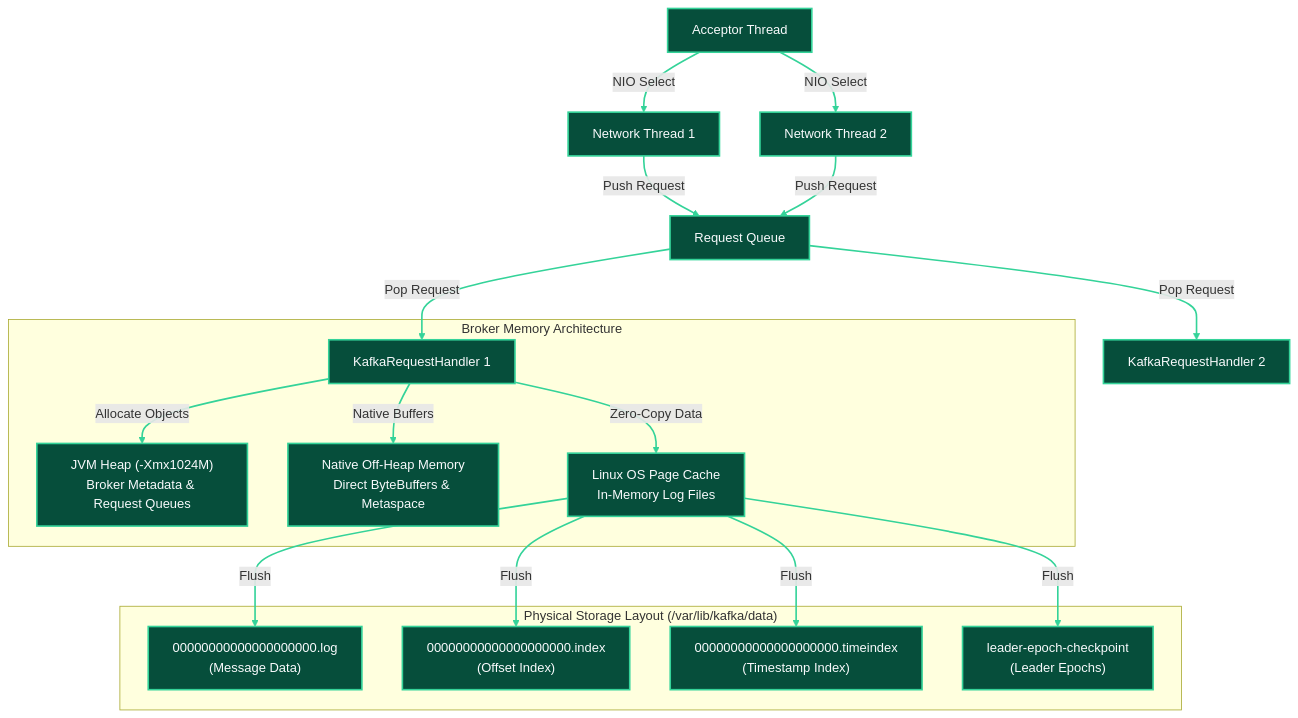
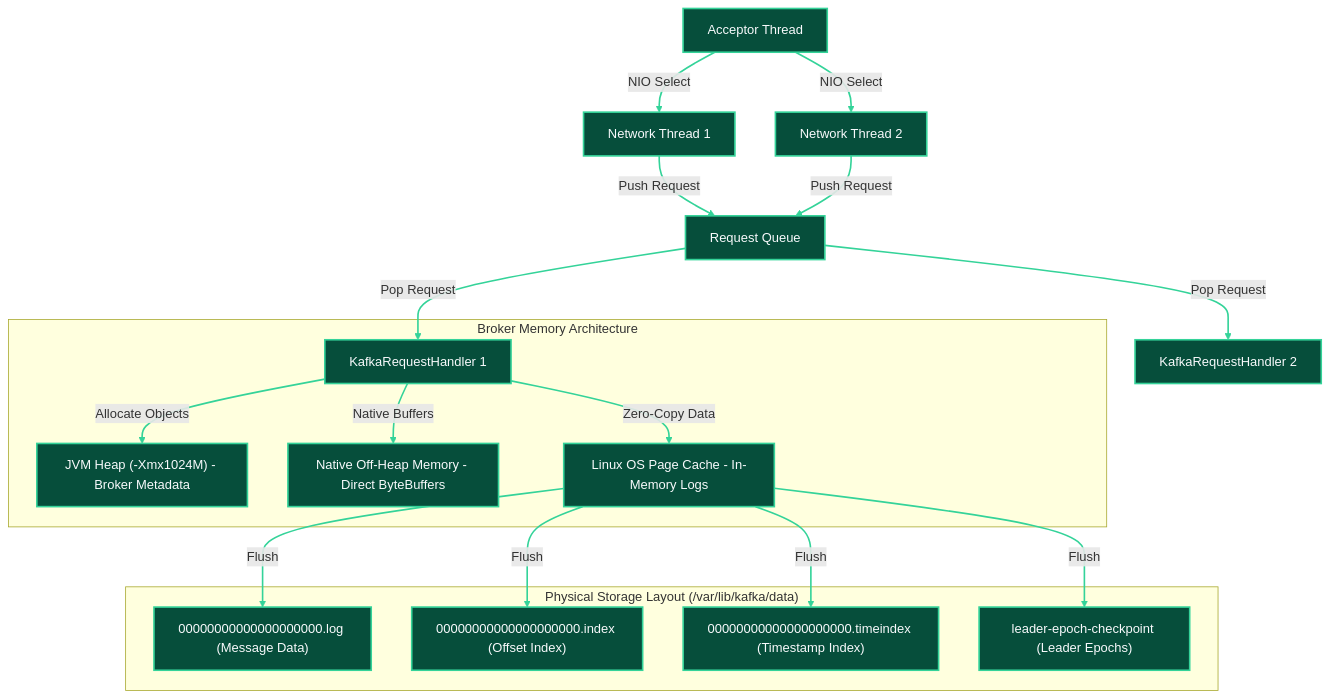
One commit to Chief-Strategist-J/llm-obs-infra changed the fourth of 18 diagrams in docs/configDoc/kafka-configuration-guide.md. Above: the diagram before and after it, drawn with Mermaid. The commit also changed other lines of this file, not shown here.

Commit message:
docs(kafka): fix Mermaid rendering syntax errors by converting undirected links to directed arrows and removing HTML break tags in labels

````diff
--- a/docs/configDoc/kafka-configuration-guide.md
+++ b/docs/configDoc/kafka-configuration-guide.md
@@ -560,40 +560,40 @@
 ```mermaid
 graph TB
     Acceptor["Acceptor Thread"] -->|NIO Select| NetThread1["Network Thread 1"]
     Acceptor -->|NIO Select| NetThread2["Network Thread 2"]
 
     NetThread1 -->|Push Request| RequestQueue["Request Queue"]
     NetThread2 -->|Push Request| RequestQueue
 
     RequestQueue -->|Pop Request| IOThread1["KafkaRequestHandler 1"]
     RequestQueue -->|Pop Request| IOThread2["KafkaRequestHandler 2"]
 
     subgraph MemoryArchitecture ["Broker Memory Architecture"]
-        IOThread1 -->|Allocate Objects| JVMHeap["JVM Heap (-Xmx1024M)<br/>Broker Metadata & Request Queues"]
-        IOThread1 -->|Native Buffers| NativeMem["Native Off-Heap Memory<br/>Direct ByteBuffers & Metaspace"]
-        IOThread1 -->|Zero-Copy Data| PageCache["Linux OS Page Cache<br/>In-Memory Log Files"]
+        IOThread1 -->|Allocate Objects| JVMHeap["JVM Heap (-Xmx1024M) - Broker Metadata"]
+        IOThread1 -->|Native Buffers| NativeMem["Native Off-Heap Memory - Direct ByteBuffers"]
+        IOThread1 -->|Zero-Copy Data| PageCache["Linux OS Page Cache - In-Memory Logs"]
     end
 
     subgraph StorageLayout ["Physical Storage Layout (/var/lib/kafka/data)"]
-        PageCache -->|Flush| LogFile["00000000000000000000.log<br/>(Message Data)"]
-        PageCache -->|Flush| IndexFile["00000000000000000000.index<br/>(Offset Index)"]
-        PageCache -->|Flush| TimeIndex["00000000000000000000.timeindex<br/>(Timestamp Index)"]
-        PageCache -->|Flush| EpochFile["leader-epoch-checkpoint<br/>(Leader Epochs)"]
+        PageCache -->|Flush| LogFile["00000000000000000000.log (Message Data)"]
+        PageCache -->|Flush| IndexFile["00000000000000000000.index (Offset Index)"]
+        PageCache -->|Flush| TimeIndex["00000000000000000000.timeindex (Timestamp Index)"]
+        PageCache -->|Flush| EpochFile["leader-epoch-checkpoint (Leader Epochs)"]
     end
 
     style Acceptor fill:#064e3b,stroke:#34d399,stroke-width:2px,color:#f8fafc
     style NetThread1 fill:#064e3b,stroke:#34d399,stroke-width:2px,color:#f8fafc
     style NetThread2 fill:#064e3b,stroke:#34d399,stroke-width:2px,color:#f8fafc
     style RequestQueue fill:#064e3b,stroke:#34d399,stroke-width:2px,color:#f8fafc
     style IOThread1 fill:#064e3b,stroke:#34d399,stroke-width:2px,color:#f8fafc
     style IOThread2 fill:#064e3b,stroke:#34d399,stroke-width:2px,color:#f8fafc
     style JVMHeap fill:#064e3b,stroke:#34d399,stroke-width:2px,color:#f8fafc
     style NativeMem fill:#064e3b,stroke:#34d399,stroke-width:2px,color:#f8fafc
     style PageCache fill:#064e3b,stroke:#34d399,stroke-width:2px,color:#f8fafc
     style LogFile fill:#064e3b,stroke:#34d399,stroke-width:2px,color:#f8fafc
     style IndexFile fill:#064e3b,stroke:#34d399,stroke-width:2px,color:#f8fafc
     style TimeIndex fill:#064e3b,stroke:#34d399,stroke-width:2px,color:#f8fafc
     style EpochFile fill:#064e3b,stroke:#34d399,stroke-width:2px,color:#f8fafc
 
     linkStyle 0,1,2,3,4,5,6,7,8,9,10,11,12 stroke:#34d399,stroke-width:2px;
 ```
````
